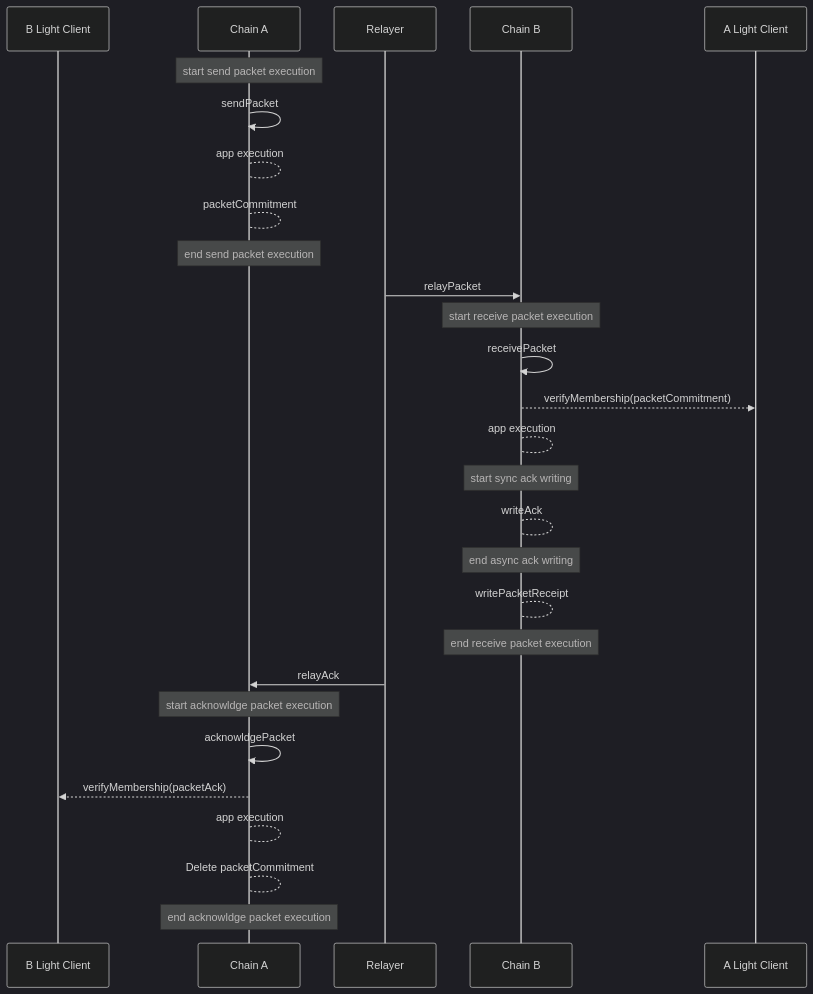
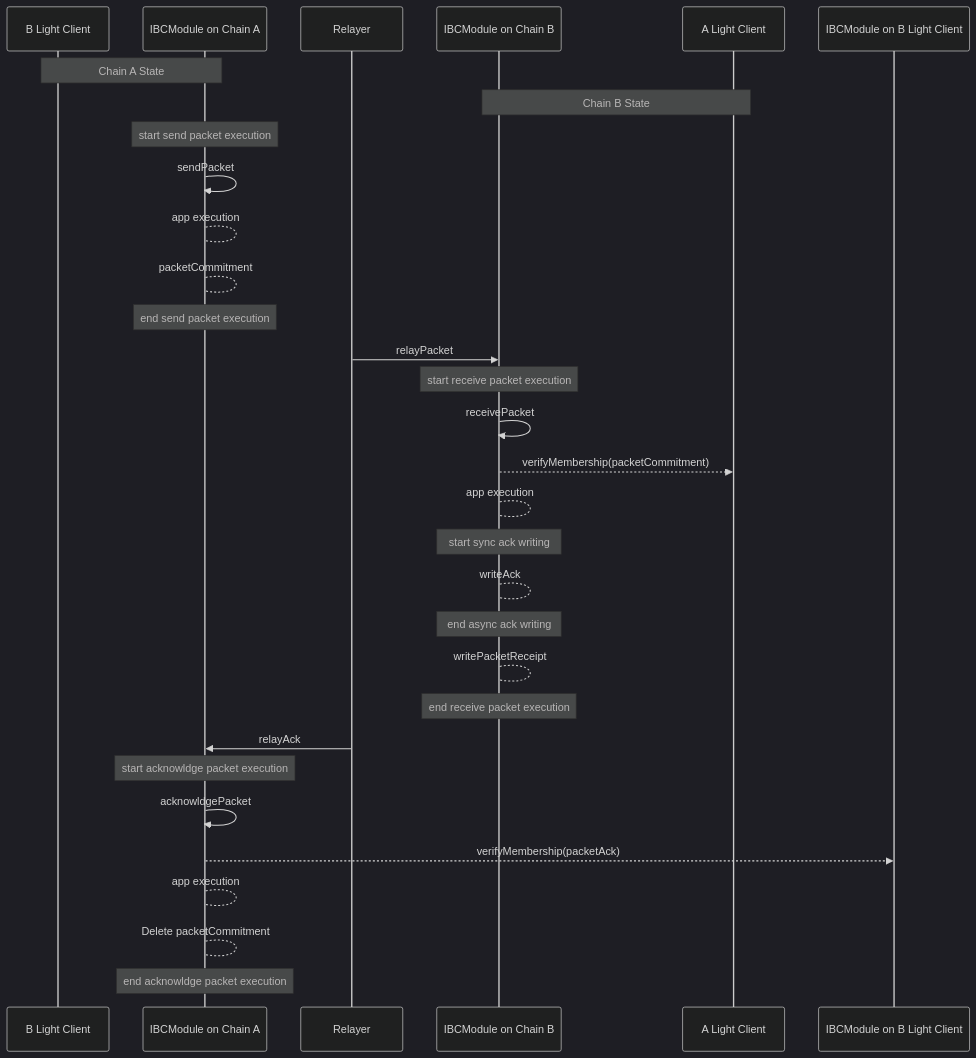
One commit to cosmos/ibc changed the third of 5 diagrams in spec/core/v2/ics-004-channel-and-packet-semantics/README.md. Above: the diagram before and after it, drawn with Mermaid (dark theme). The commit also changed other lines of this file and 1 other file, not shown here.

````diff
--- a/spec/core/v2/ics-004-channel-and-packet-semantics/README.md
+++ b/spec/core/v2/ics-004-channel-and-packet-semantics/README.md
@@ -412,31 +414,33 @@
 ```mermaid
 sequenceDiagram
     participant B Light Client 
-    participant Chain A    
+    participant IBCModule on Chain A    
     participant Relayer 
-    participant Chain B
+    participant IBCModule on Chain B
     participant A Light Client
-    Note over Chain A: start send packet execution
-    Chain A ->> Chain A : sendPacket
-    Chain A --> Chain A : app execution
-    Chain A --> Chain A : packetCommitment 
-    Note over Chain A: end send packet execution
-    Relayer ->> Chain B: relayPacket
-    Note over Chain B: start receive packet execution
-    Chain B ->> Chain B: receivePacket
-    Chain B -->> A Light Client: verifyMembership(packetCommitment)
-    Chain B --> Chain B : app execution
-    Note over Chain B: start sync ack writing
-    Chain B --> Chain B: writeAck
-    Note over Chain B: end async ack writing
-    Chain B --> Chain B: writePacketReceipt
-    Note over Chain B: end receive packet execution
-    Relayer ->> Chain A: relayAck
-    Note over Chain A: start acknowldge packet execution
-    Chain A ->> Chain A : acknowldgePacket
-    Chain A -->> B Light Client: verifyMembership(packetAck)
-    Chain A --> Chain A : app execution
-    Chain A --> Chain A : Delete packetCommitment
-    Note over Chain A: end acknowldge packet execution
+    Note over IBCModule on Chain A, B Light Client: Chain A State
+    Note over IBCModule on Chain B, A Light Client: Chain B State
+    Note over IBCModule on Chain A: start send packet execution
+    IBCModule on Chain A ->> IBCModule on Chain A : sendPacket
+    IBCModule on Chain A --> IBCModule on Chain A : app execution
+    IBCModule on Chain A --> IBCModule on Chain A : packetCommitment 
+    Note over IBCModule on Chain A: end send packet execution
+    Relayer ->> IBCModule on Chain B: relayPacket
+    Note over IBCModule on Chain B: start receive packet execution
+    IBCModule on Chain B ->> IBCModule on Chain B: receivePacket
+    IBCModule on Chain B -->> A Light Client: verifyMembership(packetCommitment)
+    IBCModule on Chain B --> IBCModule on Chain B : app execution
+    Note over IBCModule on Chain B: start sync ack writing
+    IBCModule on Chain B --> IBCModule on Chain B: writeAck
+    Note over IBCModule on Chain B: end async ack writing
+    IBCModule on Chain B --> IBCModule on Chain B: writePacketReceipt
+    Note over IBCModule on Chain B: end receive packet execution
+    Relayer ->> IBCModule on Chain A: relayAck
+    Note over IBCModule on Chain A: start acknowldge packet execution
+    IBCModule on Chain A ->> IBCModule on Chain A : acknowldgePacket
+    IBCModule on Chain A -->> IBCModule on B Light Client: verifyMembership(packetAck)
+    IBCModule on Chain A --> IBCModule on Chain A : app execution
+    IBCModule on Chain A --> IBCModule on Chain A : Delete packetCommitment
+    Note over IBCModule on Chain A: end acknowldge packet execution
      
 ```
````
